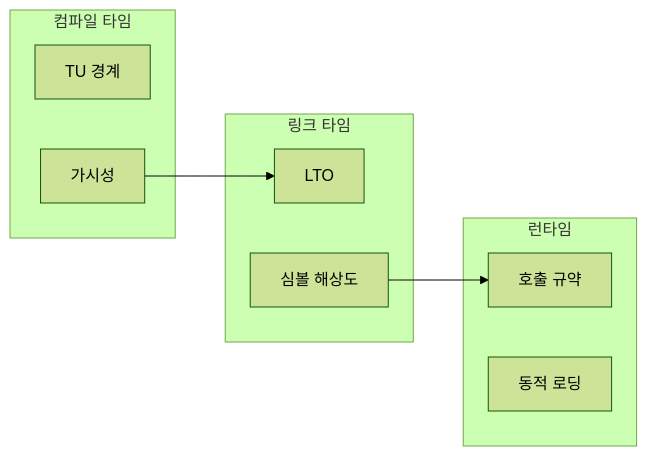
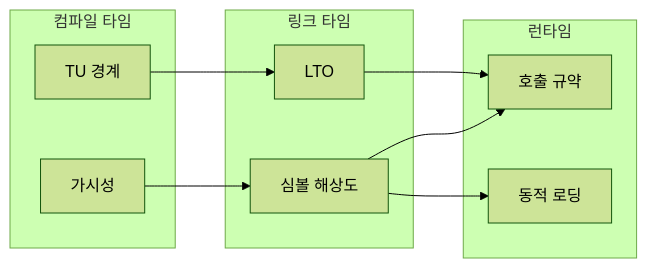
One commit to 42jerrykim/42jerrykim.github.io changed the diagram in content/collection/optimization-01-cpp-language/18-abi-link-performance-boundaries/index.md. Above: the diagram before and after it, drawn with Mermaid (forest theme). The commit also changed other lines of this file and 19 other files, not shown here.

````diff
--- a/content/collection/optimization-01-cpp-language/18-abi-link-performance-boundaries/index.md
+++ b/content/collection/optimization-01-cpp-language/18-abi-link-performance-boundaries/index.md
@@ -177,17 +183,20 @@
 ```mermaid
 flowchart LR
   subgraph compile [컴파일 타임]
     A["TU 경계"]
     B["가시성"]
   end
   subgraph link [링크 타임]
     C["LTO"]
     D["심볼 해상도"]
   end
   subgraph run [런타임]
     E["호출 규약"]
     F["동적 로딩"]
   end
-  B --> C
+  A --> C
+  B --> D
+  C --> E
   D --> E
+  D --> F
 ```
````
